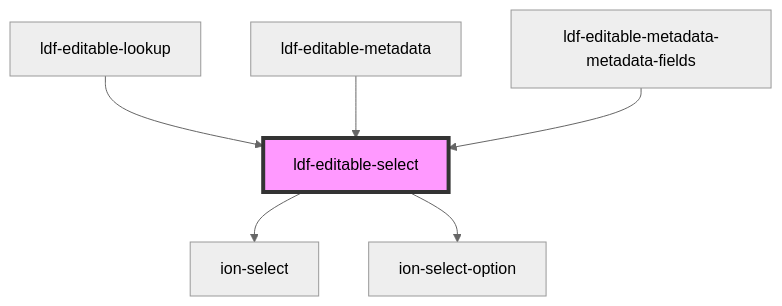
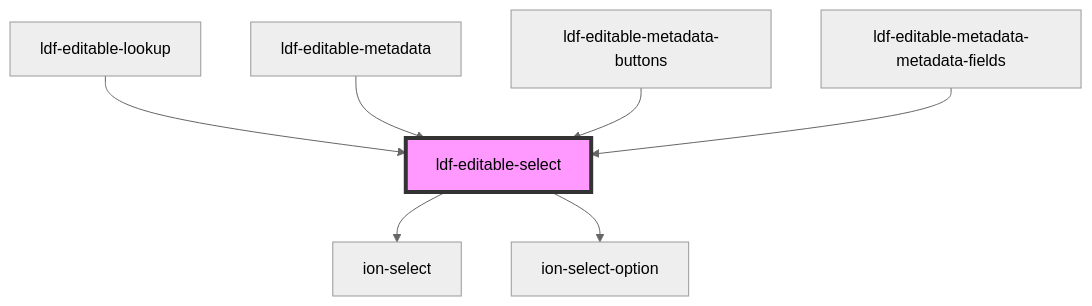
One commit to gbj/venite changed the diagram in components/src/components/editable-select/readme.md. Above: the diagram before and after it, drawn with Mermaid (neutral theme). The commit also changed other lines of this file and 14 other files, not shown here.

````diff
--- a/components/src/components/editable-select/readme.md
+++ b/components/src/components/editable-select/readme.md
@@ -40,9 +42,10 @@
 ```mermaid
 graph TD;
   ldf-editable-select --> ion-select
   ldf-editable-select --> ion-select-option
   ldf-editable-lookup --> ldf-editable-select
   ldf-editable-metadata --> ldf-editable-select
+  ldf-editable-metadata-buttons --> ldf-editable-select
   ldf-editable-metadata-metadata-fields --> ldf-editable-select
   style ldf-editable-select fill:#f9f,stroke:#333,stroke-width:4px
 ```
````
